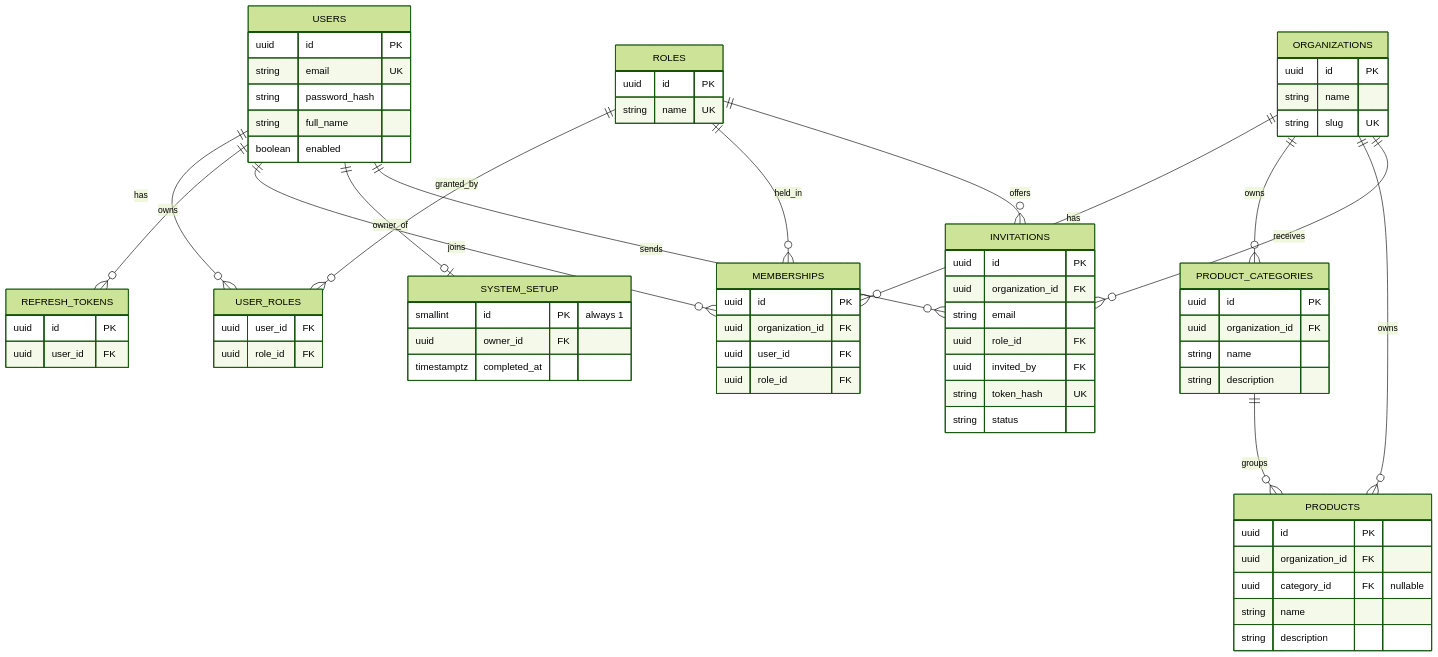
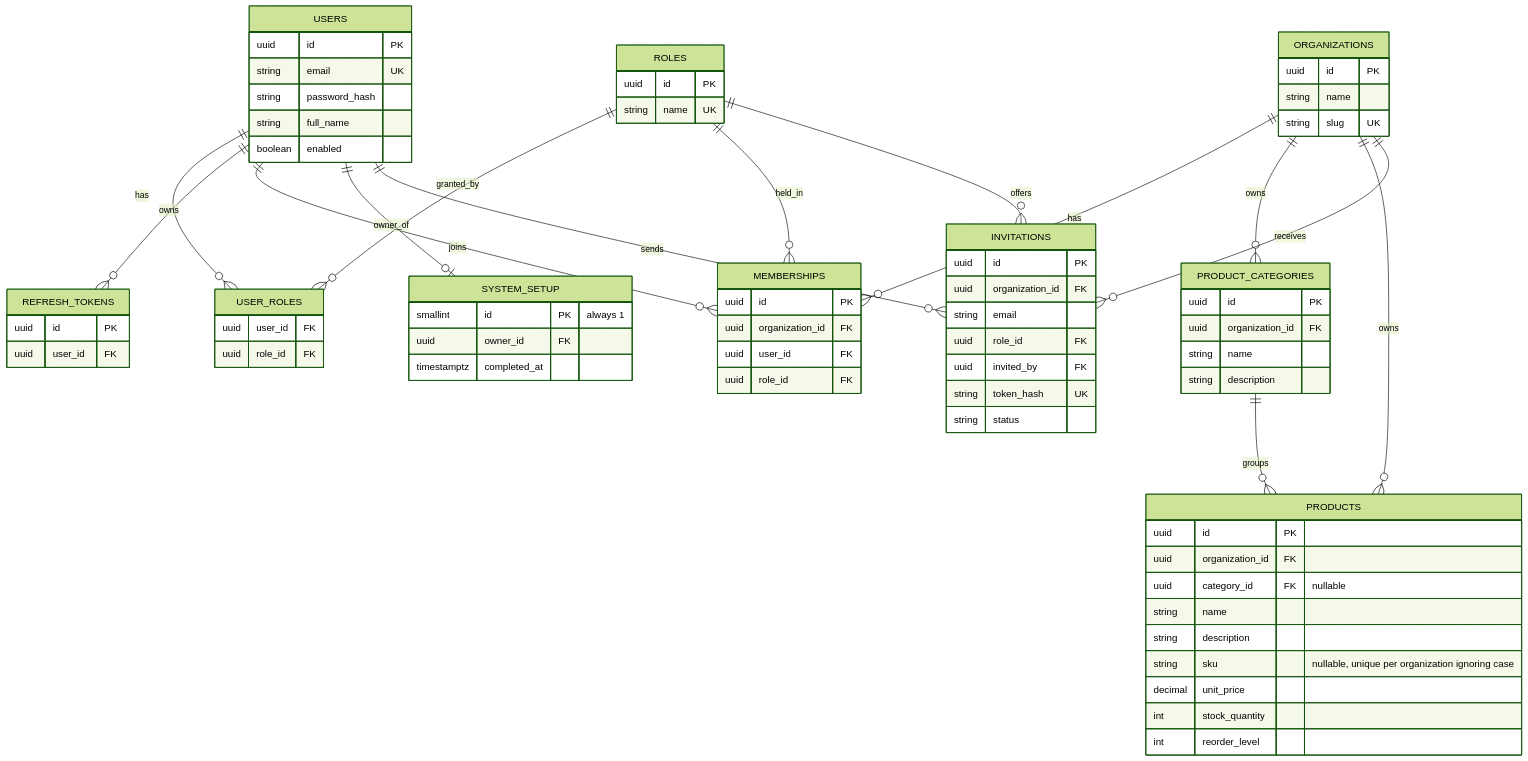
One commit to Mutiur03/CSE3220_Connecta changed the second of 2 diagrams in README.md. Above: the diagram before and after it, drawn with Mermaid (forest theme). The commit also changed other lines of this file and 20 other files, not shown here.

````diff
--- a/README.md
+++ b/README.md
@@ -90,53 +90,57 @@
 ```mermaid
 erDiagram
     USERS ||--o{ USER_ROLES : has
     ROLES ||--o{ USER_ROLES : granted_by
     USERS ||--o{ REFRESH_TOKENS : owns
     USERS { uuid id PK
         string email UK
         string password_hash
         string full_name
         boolean enabled }
     ROLES { uuid id PK
         string name UK }
     USER_ROLES { uuid user_id FK
         uuid role_id FK }
     REFRESH_TOKENS { uuid id PK
         uuid user_id FK }
     ORGANIZATIONS ||--o{ MEMBERSHIPS : has
     USERS ||--o{ MEMBERSHIPS : joins
     ROLES ||--o{ MEMBERSHIPS : held_in
     ORGANIZATIONS { uuid id PK
         string name
         string slug UK }
     MEMBERSHIPS { uuid id PK
         uuid organization_id FK
         uuid user_id FK
         uuid role_id FK }
     USERS ||--o| SYSTEM_SETUP : owner_of
     SYSTEM_SETUP { smallint id PK "always 1"
         uuid owner_id FK
         timestamptz completed_at }
     ORGANIZATIONS ||--o{ PRODUCT_CATEGORIES : owns
     ORGANIZATIONS ||--o{ PRODUCTS : owns
     PRODUCT_CATEGORIES ||--o{ PRODUCTS : groups
     PRODUCT_CATEGORIES { uuid id PK
         uuid organization_id FK
         string name
         string description }
     PRODUCTS { uuid id PK
         uuid organization_id FK
         uuid category_id FK "nullable"
         string name
-        string description }
+        string description
+        string sku "nullable, unique per organization ignoring case"
+        decimal unit_price
+        int stock_quantity
+        int reorder_level }
     ORGANIZATIONS ||--o{ INVITATIONS : receives
     ROLES ||--o{ INVITATIONS : offers
     USERS ||--o{ INVITATIONS : sends
     INVITATIONS { uuid id PK
         uuid organization_id FK
         string email
         uuid role_id FK
         uuid invited_by FK
         string token_hash UK
         string status }
 ```
````
